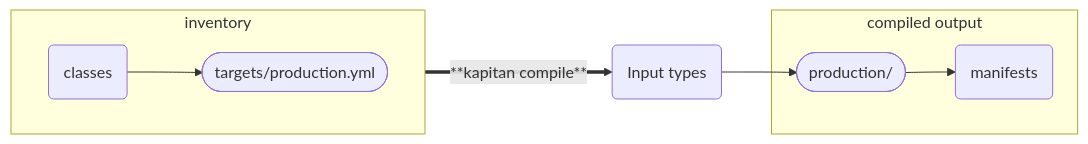
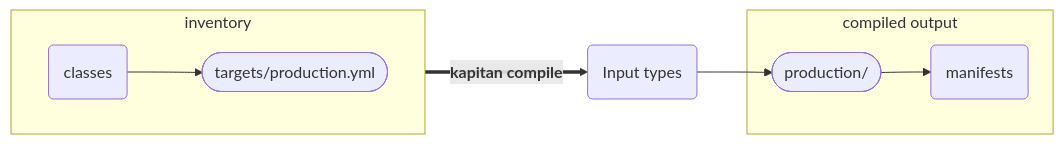
Before and after one commit to kapicorp/kapitan: the diagram in docs/pages/core_concepts.md, drawn with Mermaid. The commit also changed other lines of this file and 2 other files, not shown here.

First paragraph of the commit message:
docs(inventory): backend comparison and compile/inventory flow (#1537)
## What

````diff
--- a/docs/pages/core_concepts.md
+++ b/docs/pages/core_concepts.md
@@ -12,19 +12,19 @@
 ```mermaid
     graph LR
-        TARGETS ==  **kapitan compile** ==> INPUT_TYPES
+        TARGETS == "`**kapitan compile**`" ==> INPUT_TYPES
         INPUT_TYPES --> TARGETS_OUTPUT
         TARGETS_OUTPUT --> GENERATED_FILES
 
 
         INPUT_TYPES("Input types")
 
         subgraph "inventory"
             direction LR
             CLASSES("classes") --> TARGETS
             TARGETS(["`targets/production.yml`"])
         end
         subgraph "compiled output"
             TARGETS_OUTPUT([production/])
             GENERATED_FILES("manifests")
         end
 ```
````
